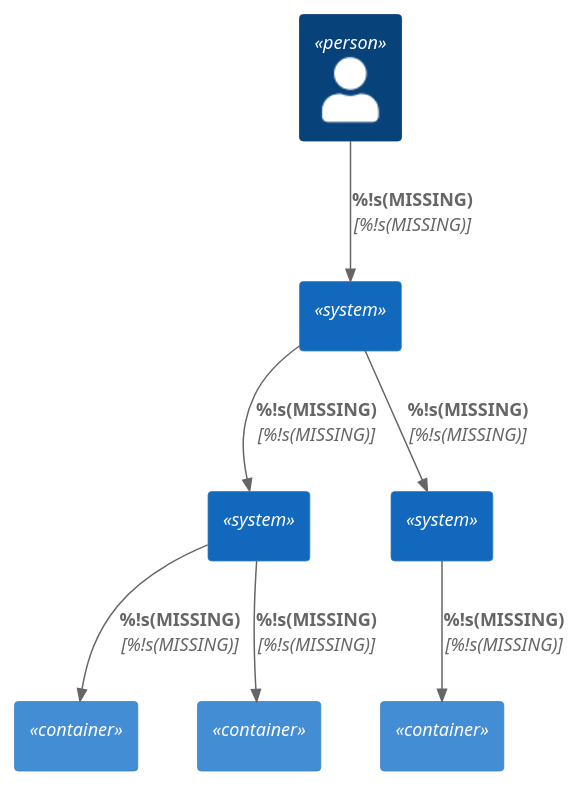
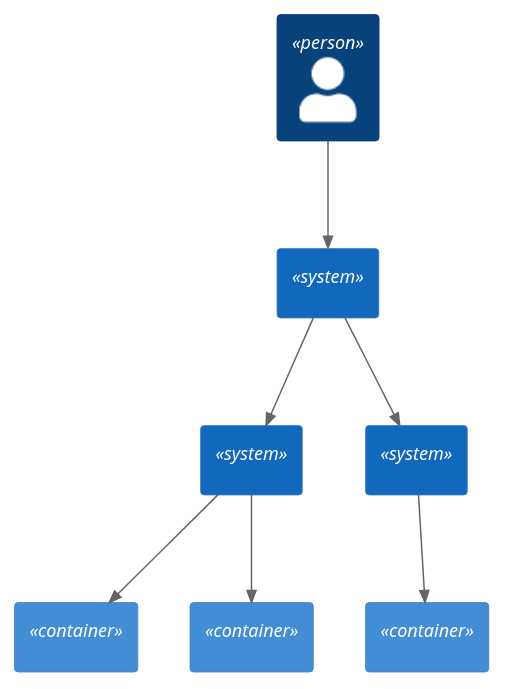
The diagram in c4.puml (johnfercher/go-diagram), drawn with PlantUML before and after one commit. The commit also changed 1 other file, not shown here.

```diff
--- a/c4.puml
+++ b/c4.puml
@@ -1,19 +1,19 @@
 @startuml C4_Elements
 !include https://raw.githubusercontent.com/plantuml-stdlib/C4-PlantUML/master/C4_Container.puml
 
+Container(container2, "", "")
+Container(container3, "", "")
 Person(person, "", "")
 System(system1, "", "")
 System(system2, "", "")
 System(system3, "", "")
 Container(container1, "", "")
-Container(container2, "", "")
-Container(container3, "", "")
 
-Rel(person, system1, "%!s(MISSING)", "%!s(MISSING)")
-Rel(system1, system2, "%!s(MISSING)", "%!s(MISSING)")
-Rel(system1, system3, "%!s(MISSING)", "%!s(MISSING)")
-Rel(system2, container1, "%!s(MISSING)", "%!s(MISSING)")
-Rel(system2, container2, "%!s(MISSING)", "%!s(MISSING)")
-Rel(system3, container3, "%!s(MISSING)", "%!s(MISSING)")
+Rel(person, system1, "", "")
+Rel(system1, system2, "", "")
+Rel(system1, system3, "", "")
+Rel(system2, container1, "", "")
+Rel(system2, container2, "", "")
+Rel(system3, container3, "", "")
 
 @enduml
```
